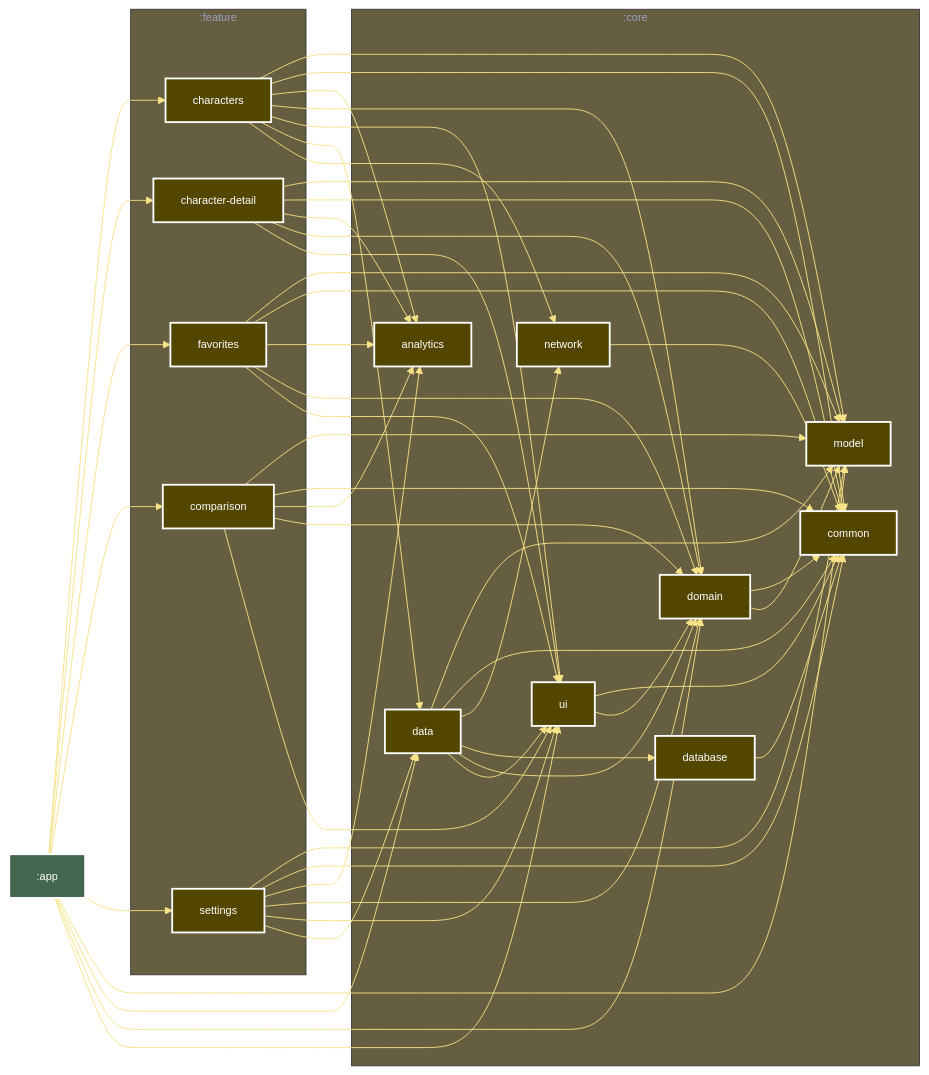
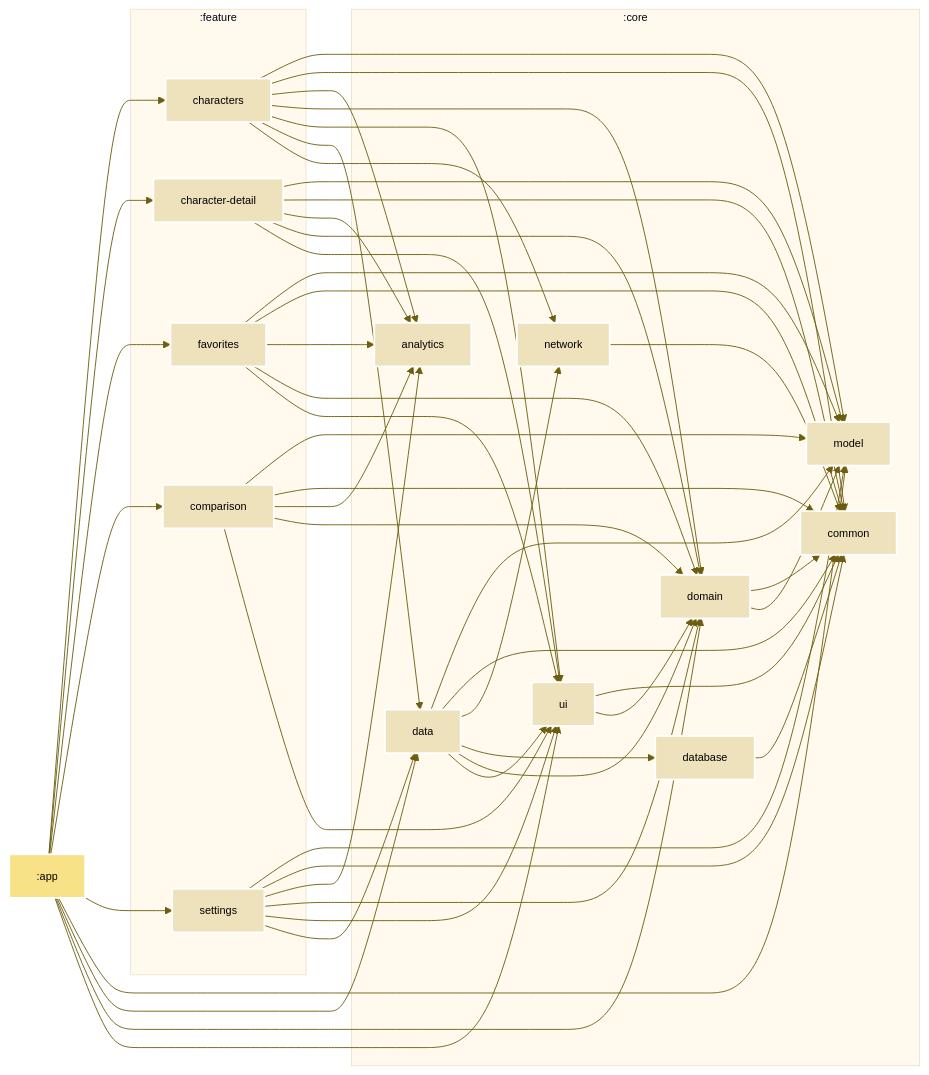
One commit to DRonayne/GameofThrones changed the diagram in README.md. Above: the diagram before and after it, drawn with Mermaid. The commit also changed other lines of this file and 1 other file, not shown here.

````diff
--- a/README.md
+++ b/README.md
@@ -124,50 +137,43 @@
 %%{
   init: {
     'theme': 'base',
-    'themeVariables': {"primaryTextColor":"#fff","primaryColor":"#6D5E0F","primaryBorderColor":"#DBC66E","lineColor":"#F8E287","tertiaryColor":"#665E40","fontSize":"12px"}
+    'themeVariables': {"primaryTextColor":"#000000","textColor":"#000000","mainBkg":"#F8E287","secondBkg":"#EEE2BC","primaryColor":"#F4EDDF","primaryBorderColor":"#6D5E0F","lineColor":"#6D5E0F","tertiaryColor":"#FFF9EE","fontSize":"12px"}
   }
 }%%
 
 graph LR
   subgraph :core
+    :core:network["network"]
+    :core:common["common"]
+    :core:data["data"]
+    :core:model["model"]
+    :core:database["database"]
     :core:domain["domain"]
-    :core:common["common"]
-    :core:model["model"]
+    :core:ui["ui"]
     :core:analytics["analytics"]
-    :core:ui["ui"]
-    :core:data["data"]
-    :core:network["network"]
-    :core:database["database"]
   end
   subgraph :feature
     :feature:settings["settings"]
-    :feature:comparison["comparison"]
     :feature:characters["characters"]
     :feature:character-detail["character-detail"]
     :feature:favorites["favorites"]
+    :feature:comparison["comparison"]
   end
-  :core:domain --> :core:common
-  :core:domain --> :core:model
+  :core:network --> :core:common
+  :core:data --> :core:model
+  :core:data --> :core:common
+  :core:data --> :core:network
+  :core:data --> :core:database
+  :core:data --> :core:domain
+  :core:data --> :core:ui
   :feature:settings --> :core:model
   :feature:settings --> :core:common
   :feature:settings --> :core:analytics
   :feature:settings --> :core:domain
   :feature:settings --> :core:ui
   :feature:settings --> :core:data
-  :core:data --> :core:model
-  :core:data --> :core:common
-  :core:data --> :core:network
-  :core:data --> :core:database
-  :core:data --> :core:domain
-  :core:data --> :core:ui
-  :core:ui --> :core:common
-  :core:ui --> :core:domain
-  :core:database --> :core:common
-  :feature:comparison --> :core:model
-  :feature:comparison --> :core:common
-  :feature:comparison --> :core:analytics
-  :feature:comparison --> :core:domain
-  :feature:comparison --> :core:ui
+  :core:domain --> :core:common
+  :core:domain --> :core:model
   :app --> :feature:characters
   :app --> :feature:character-detail
   :app --> :feature:favorites
@@ -177,7 +183,9 @@
   :app --> :core:data
   :app --> :core:domain
   :app --> :core:ui
-  :core:network --> :core:common
+  :core:ui --> :core:common
+  :core:ui --> :core:domain
+  :core:database --> :core:common
   :feature:favorites --> :core:model
   :feature:favorites --> :core:common
   :feature:favorites --> :core:analytics
@@ -190,27 +198,32 @@
   :feature:characters --> :core:ui
   :feature:characters --> :core:data
   :feature:characters --> :core:network
+  :feature:comparison --> :core:model
+  :feature:comparison --> :core:common
+  :feature:comparison --> :core:analytics
+  :feature:comparison --> :core:domain
+  :feature:comparison --> :core:ui
   :feature:character-detail --> :core:model
   :feature:character-detail --> :core:common
   :feature:character-detail --> :core:analytics
   :feature:character-detail --> :core:domain
   :feature:character-detail --> :core:ui
 
-classDef android-library fill:#534600,stroke:#fff,stroke-width:2px,color:#fff;
-classDef android-application fill:#43664E,stroke:#fff,stroke-width:2px,color:#fff;
+classDef android-library fill:#EEE2BC,stroke:#fff,stroke-width:2px,color:#000;
+classDef android-application fill:#F8E287,stroke:#fff,stroke-width:2px,color:#000;
+class :core:network android-library
+class :core:common android-library
+class :core:data android-library
+class :core:model android-library
+class :core:database android-library
 class :core:domain android-library
-class :core:common android-library
-class :core:model android-library
+class :core:ui android-library
 class :feature:settings android-library
 class :core:analytics android-library
-class :core:ui android-library
-class :core:data android-library
-class :core:network android-library
-class :core:database android-library
-class :feature:comparison android-library
 class :app android-application
 class :feature:characters android-library
 class :feature:character-detail android-library
 class :feature:favorites android-library
+class :feature:comparison android-library
 
 ```
````
